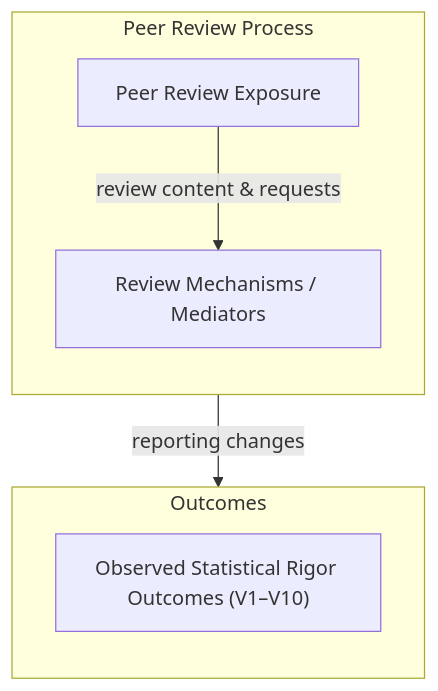
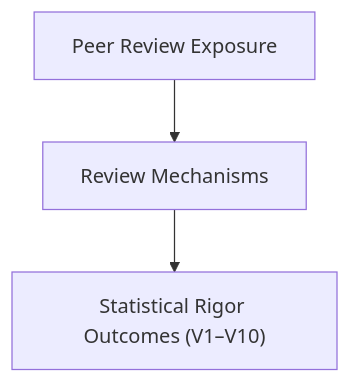
The second of 4 diagrams in docs/peer_review_planning_document.md (UofC-Research/peer-review), drawn with Mermaid before and after one commit. The commit also changed other lines of this file, not shown here.

First line of the commit message:
doc: Standardize terminology and formatting in peer review planning document

````diff
--- a/docs/peer_review_planning_document.md
+++ b/docs/peer_review_planning_document.md
@@ -144,18 +140,5 @@
 ```mermaid
 flowchart TD
-
-subgraph PROCESS["Peer Review Process"]
-  direction TB
-  PR["Peer Review Exposure"]
-  MECH["Review Mechanisms / Mediators"]
-end
-
-subgraph OUTCOME["Outcomes"]
-  direction TB
-  Y["Observed Statistical Rigor Outcomes (V1–V10)"]
-end
-
-PR -->|review content & requests| MECH
-MECH -->|reporting changes| Y
-
+PR["Peer Review Exposure"] --> MECH["Review Mechanisms"]
+MECH --> Y["Statistical Rigor Outcomes (V1–V10)"]
 ```
````
